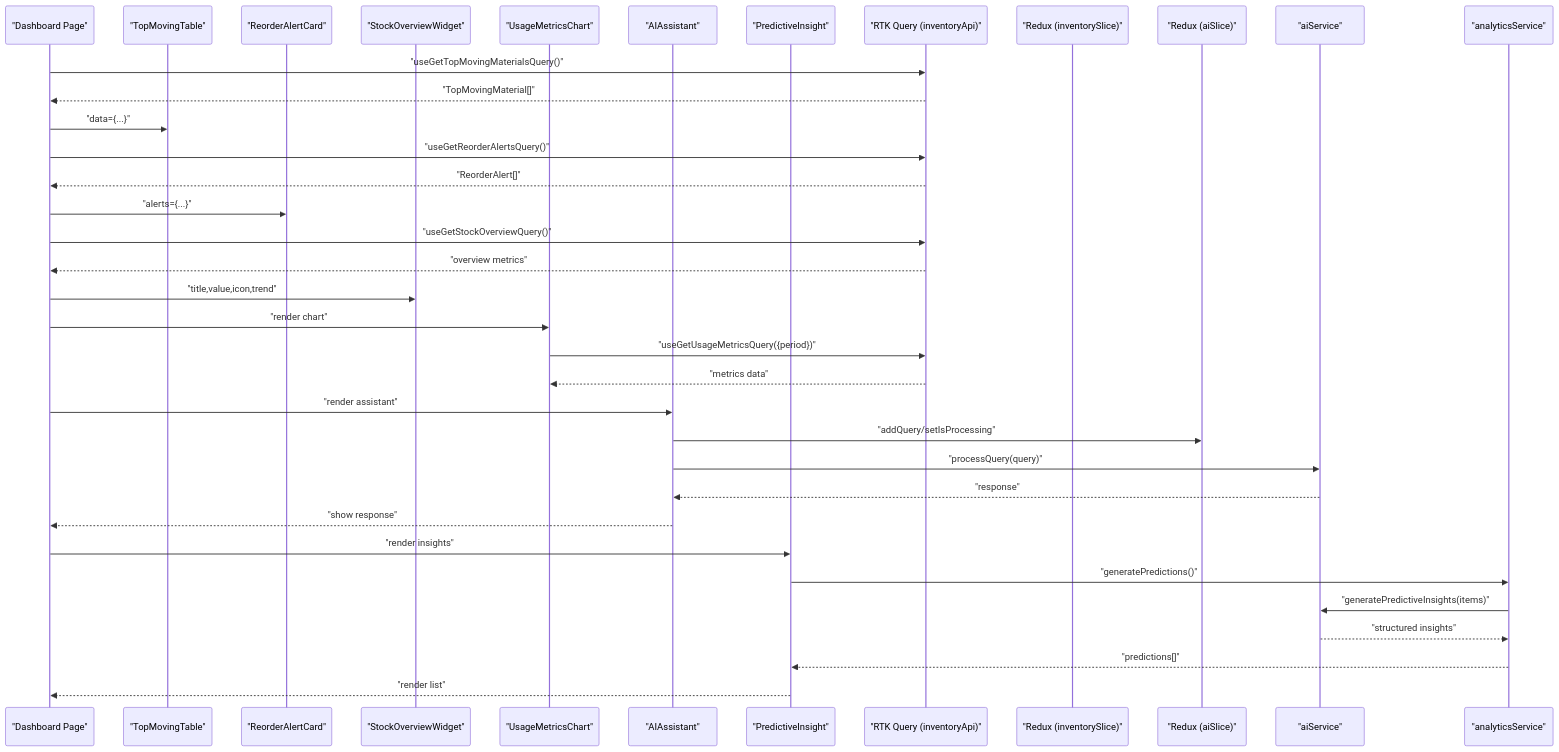
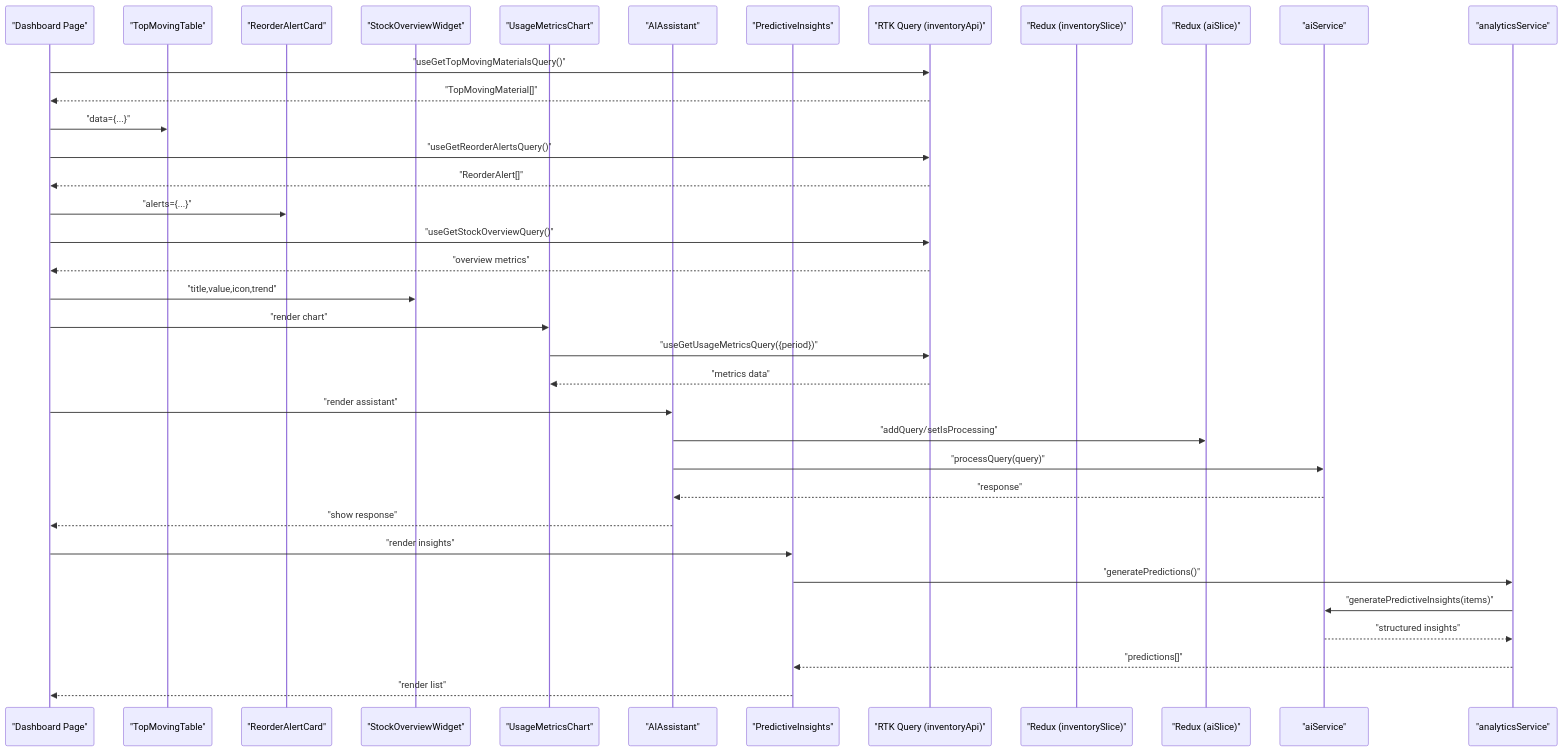
The second of 9 diagrams in .qoder/repowiki/en/content/UI Components/UI Components.md (cacamarica/dashboard-ai), drawn with Mermaid before and after one commit. The commit also changed other lines of this file and 14 other files, not shown here.

````diff
--- a/.qoder/repowiki/en/content/UI Components/UI Components.md
+++ b/.qoder/repowiki/en/content/UI Components/UI Components.md
@@ -257,38 +269,38 @@
 ```mermaid
 sequenceDiagram
 participant Page as "Dashboard Page"
 participant TM as "TopMovingTable"
 participant RAC as "ReorderAlertCard"
 participant SOW as "StockOverviewWidget"
 participant UMC as "UsageMetricsChart"
 participant AA as "AIAssistant"
-participant PI as "PredictiveInsight"
+participant PI as "PredictiveInsights"
 participant IA as "RTK Query (inventoryApi)"
 participant IS as "Redux (inventorySlice)"
 participant AS as "Redux (aiSlice)"
 participant AIS as "aiService"
 participant ANS as "analyticsService"
 Page->>IA : "useGetTopMovingMaterialsQuery()"
 IA-->>Page : "TopMovingMaterial[]"
 Page->>TM : "data={...}"
 Page->>IA : "useGetReorderAlertsQuery()"
 IA-->>Page : "ReorderAlert[]"
 Page->>RAC : "alerts={...}"
 Page->>IA : "useGetStockOverviewQuery()"
 IA-->>Page : "overview metrics"
 Page->>SOW : "title,value,icon,trend"
 Page->>UMC : "render chart"
 UMC->>IA : "useGetUsageMetricsQuery({period})"
 IA-->>UMC : "metrics data"
 Page->>AA : "render assistant"
 AA->>AS : "addQuery/setIsProcessing"
 AA->>AIS : "processQuery(query)"
 AIS-->>AA : "response"
 AA-->>Page : "show response"
 Page->>PI : "render insights"
 PI->>ANS : "generatePredictions()"
 ANS->>AIS : "generatePredictiveInsights(items)"
 AIS-->>ANS : "structured insights"
 ANS-->>PI : "predictions[]"
 PI-->>Page : "render list"
 ```
````
